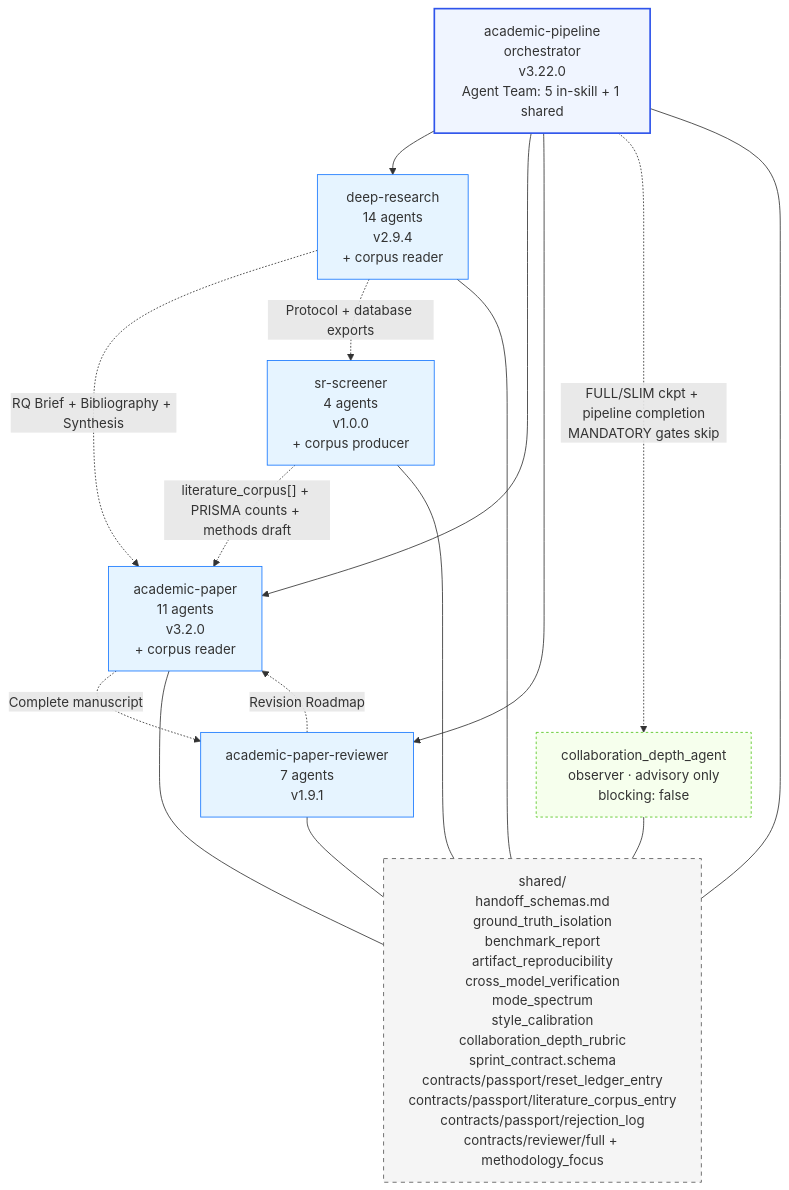
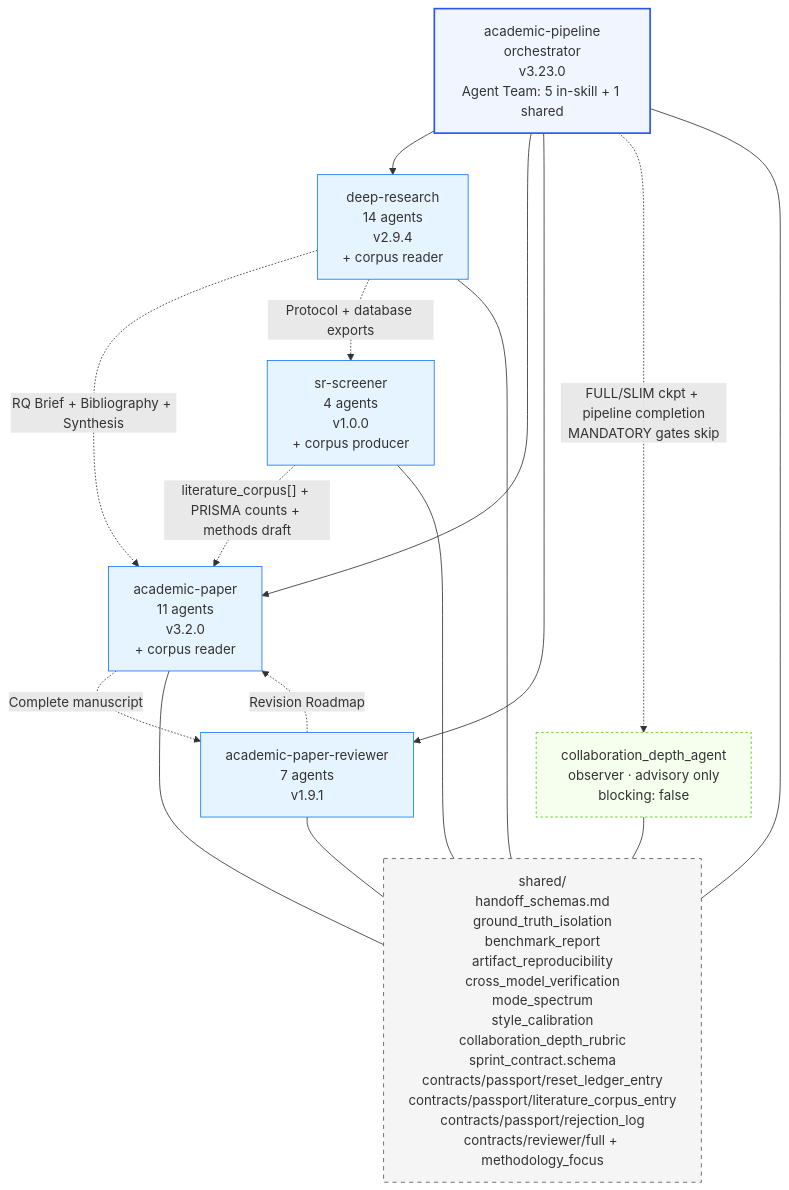
One commit to pouriamrt/academic-research-skills changed the fourth of 5 diagrams in docs/ARCHITECTURE.md. Above: the diagram before and after it, drawn with Mermaid. The commit also changed other lines of this file and 9 other files, not shown here.

````diff
--- a/docs/ARCHITECTURE.md
+++ b/docs/ARCHITECTURE.md
@@ -220,35 +220,35 @@
 ```mermaid
 graph TD
-    Pipeline[academic-pipeline<br/>orchestrator<br/>v3.22.0<br/>Agent Team: 5 in-skill + 1 shared]
+    Pipeline[academic-pipeline<br/>orchestrator<br/>v3.23.0<br/>Agent Team: 5 in-skill + 1 shared]
     Observer[collaboration_depth_agent<br/>observer · advisory only<br/>blocking: false]
     DR[deep-research<br/>14 agents<br/>v2.9.4<br/>+ corpus reader]
     AP[academic-paper<br/>11 agents<br/>v3.2.0<br/>+ corpus reader]
     APR[academic-paper-reviewer<br/>7 agents<br/>v1.9.1]
     SRS[sr-screener<br/>4 agents<br/>v1.0.0<br/>+ corpus producer]
     Shared[shared/<br/>handoff_schemas.md<br/>ground_truth_isolation<br/>benchmark_report<br/>artifact_reproducibility<br/>cross_model_verification<br/>mode_spectrum<br/>style_calibration<br/>collaboration_depth_rubric<br/>sprint_contract.schema<br/>contracts/passport/reset_ledger_entry<br/>contracts/passport/literature_corpus_entry<br/>contracts/passport/rejection_log<br/>contracts/reviewer/full + methodology_focus]
 
     Pipeline --> DR
     Pipeline --> AP
     Pipeline --> APR
     Pipeline -. "FULL/SLIM ckpt + pipeline completion<br/>MANDATORY gates skip" .-> Observer
     DR -. "RQ Brief + Bibliography + Synthesis" .-> AP
     AP -. "Complete manuscript" .-> APR
     APR -. "Revision Roadmap" .-> AP
     DR -. "Protocol + database exports" .-> SRS
     SRS -. "literature_corpus[] + PRISMA counts + methods draft" .-> AP
     DR --- Shared
     AP --- Shared
     APR --- Shared
     Pipeline --- Shared
     Observer --- Shared
     SRS --- Shared
 
     classDef orch fill:#f0f5ff,stroke:#2f54eb,stroke-width:2px
     classDef skill fill:#e6f4ff,stroke:#1677ff
     classDef shared fill:#f5f5f5,stroke:#595959,stroke-dasharray:5 5
     classDef observer fill:#f6ffed,stroke:#52c41a,stroke-dasharray:3 3
     class Pipeline orch
     class DR,AP,APR,SRS skill
     class Shared shared
     class Observer observer
 ```
````
